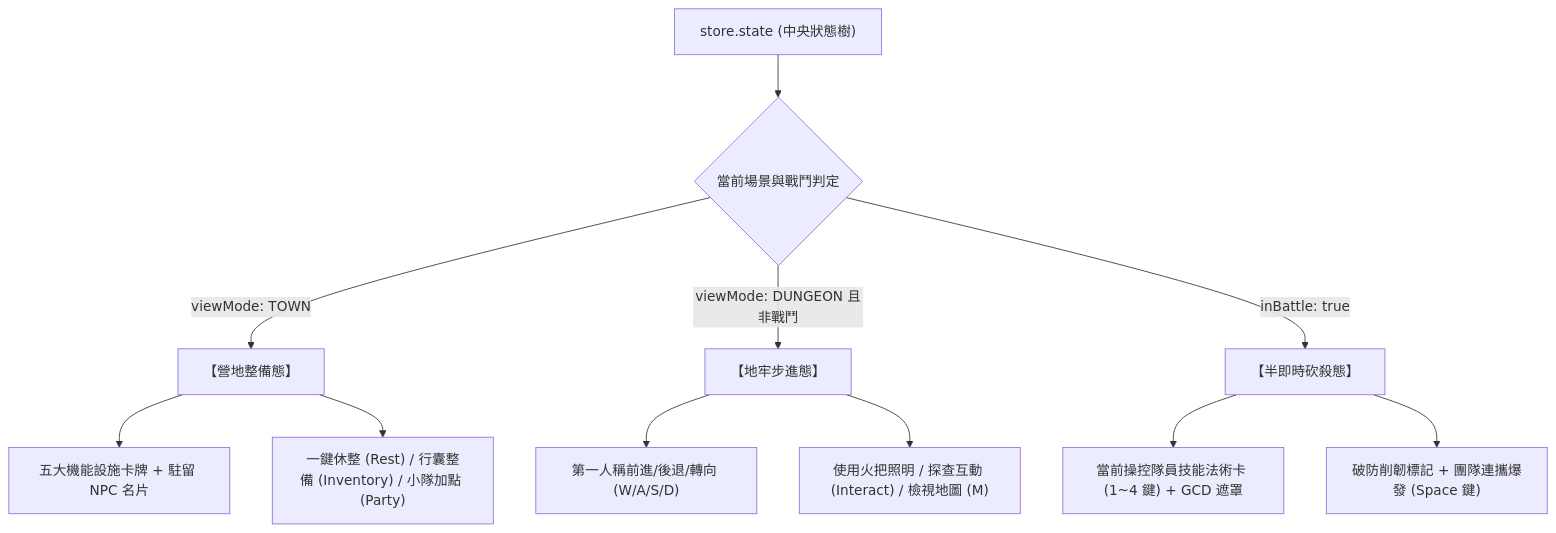
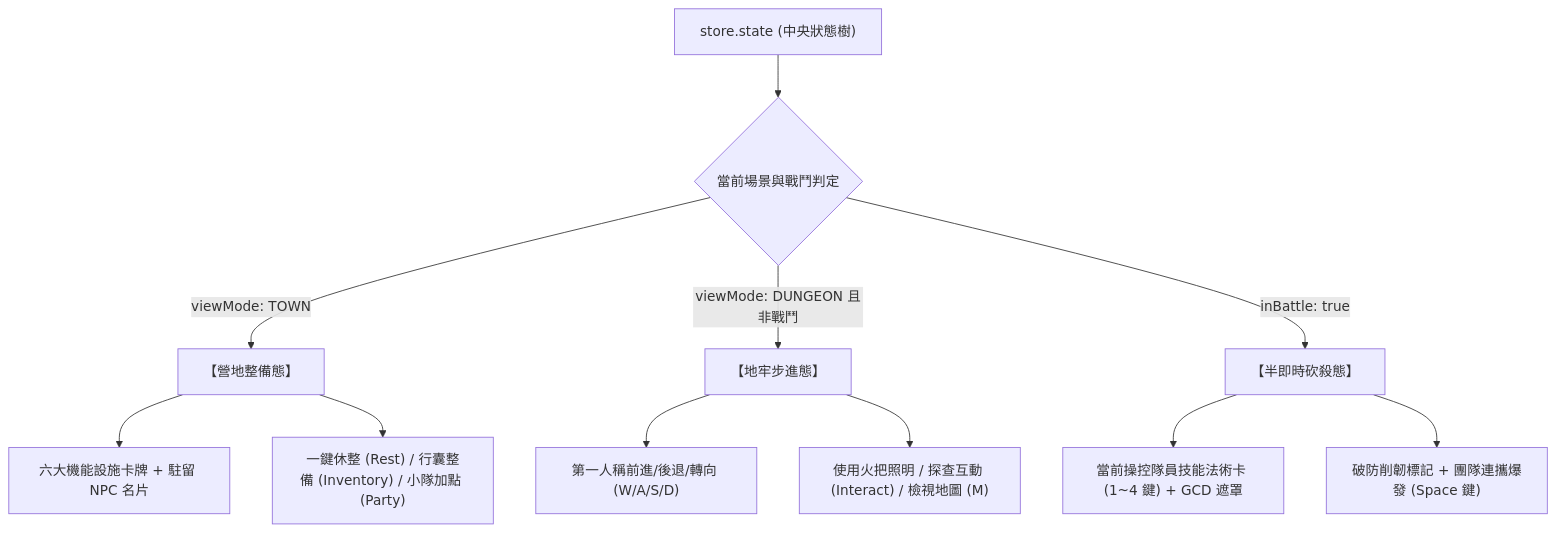
One commit to FTC-johnchien/practice_mud changed the diagram in docs/2_specifications/frontend/FE4_TOWN_HUB_AND_ACTION_BAR.md. Above: the diagram before and after it, drawn with Mermaid. The commit also changed 51 other files, not shown here.

````diff
--- a/docs/2_specifications/frontend/FE4_TOWN_HUB_AND_ACTION_BAR.md
+++ b/docs/2_specifications/frontend/FE4_TOWN_HUB_AND_ACTION_BAR.md
@@ -15,16 +15,16 @@
 ```mermaid
 graph TD
     StoreState["store.state (中央狀態樹)"] --> StateCheck{"當前場景與戰鬥判定"}
     
     StateCheck -- viewMode: TOWN --> ModeTown["【營地整備態】"]
-    ModeTown --> TownHub["五大機能設施卡牌 + 駐留 NPC 名片"]
+    ModeTown --> TownHub["六大機能設施卡牌 + 駐留 NPC 名片"]
     ModeTown --> TownBar["一鍵休整 (Rest) / 行囊整備 (Inventory) / 小隊加點 (Party)"]
     
     StateCheck -- viewMode: DUNGEON 且非戰鬥 --> ModeDungeon["【地牢步進態】"]
     ModeDungeon --> DpNav["第一人稱前進/後退/轉向 (W/A/S/D)"]
     ModeDungeon --> DpTorch["使用火把照明 / 探查互動 (Interact) / 檢視地圖 (M)"]
     
     StateCheck -- inBattle: true --> ModeCombat["【半即時砍殺態】"]
     ModeCombat --> CombatSkills["當前操控隊員技能法術卡 (1~4 鍵) + GCD 遮罩"]
     ModeCombat --> CombatCombo["破防削韌標記 + 團隊連攜爆發 (Space 鍵)"]
 ```
````
